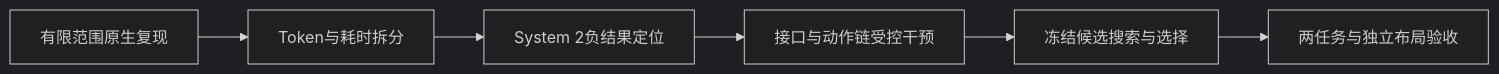
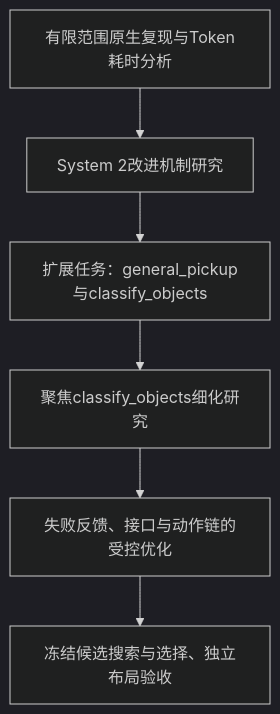
One commit to marco-hc123/PhysicalRSI changed the diagram in README.md. Above: the diagram before and after it, drawn with Mermaid (dark theme). The commit also changed other lines of this file and 11 other files, not shown here.

````diff
--- a/README.md
+++ b/README.md
@@ -11,8 +11,8 @@
 ```mermaid
-flowchart LR
-    A[有限范围原生复现] --> B[Token与耗时拆分]
-    B --> C[System 2负结果定位]
-    C --> D[接口与动作链受控干预]
-    D --> E[冻结候选搜索与选择]
-    E --> F[两任务与独立布局验收]
+flowchart TD
+    A[有限范围原生复现与Token耗时分析] --> B[System 2改进机制研究]
+    B --> C[扩展任务：general_pickup与classify_objects]
+    C --> D[聚焦classify_objects细化研究]
+    D --> E[失败反馈、接口与动作链的受控优化]
+    E --> F[冻结候选搜索与选择、独立布局验收]
 ```
````
